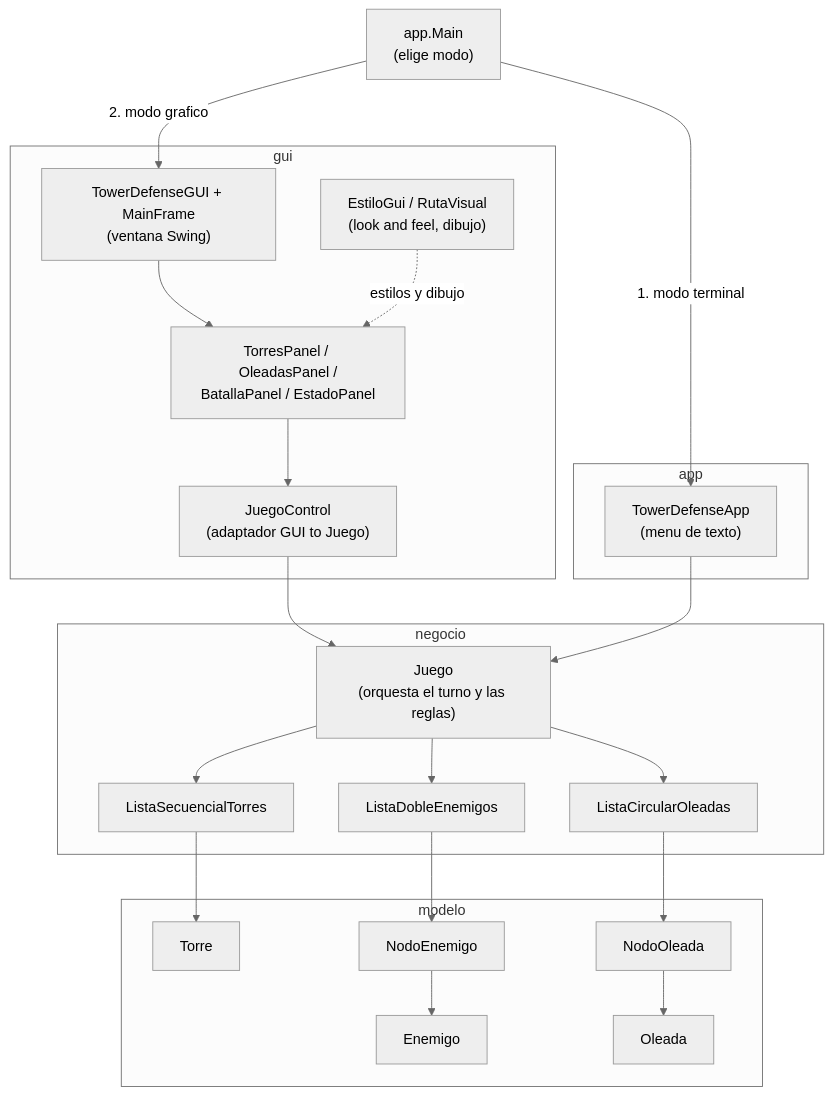
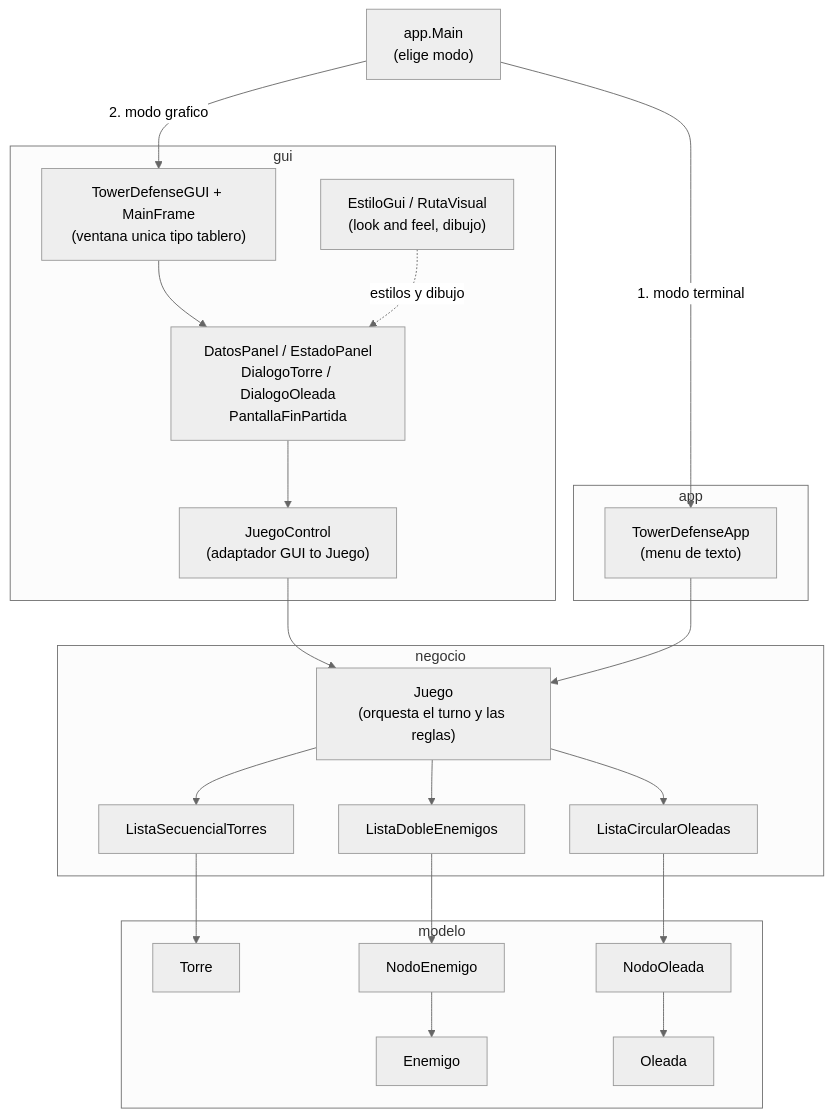
Before and after one commit to juanchicoyunda1234/Evaluacion-Practica: the diagram in diagramas/diagrama-arquitectura.md, drawn with Mermaid (neutral theme).

Commit message:
Actualice el diagrama de arquitectura con las clases nuevas de la GUI

````diff
--- a/diagramas/diagrama-arquitectura.md
+++ b/diagramas/diagrama-arquitectura.md
@@ -8,42 +8,42 @@
 ```mermaid
 flowchart TB
     Main["app.Main<br/>(elige modo)"]
 
     subgraph consola["app"]
         TDA["TowerDefenseApp<br/>(menu de texto)"]
     end
 
     subgraph interfaz["gui"]
-        GUIMain["TowerDefenseGUI + MainFrame<br/>(ventana Swing)"]
-        Paneles["TorresPanel / OleadasPanel /<br/>BatallaPanel / EstadoPanel"]
+        GUIMain["TowerDefenseGUI + MainFrame<br/>(ventana unica tipo tablero)"]
+        Paneles["DatosPanel / EstadoPanel<br/>DialogoTorre / DialogoOleada<br/>PantallaFinPartida"]
         Control["JuegoControl<br/>(adaptador GUI to Juego)"]
         Estilo["EstiloGui / RutaVisual<br/>(look and feel, dibujo)"]
     end
 
     subgraph negocio["negocio"]
         Juego["Juego<br/>(orquesta el turno y las reglas)"]
         LT["ListaSecuencialTorres"]
         LE["ListaDobleEnemigos"]
         LO["ListaCircularOleadas"]
     end
 
     subgraph modelo["modelo"]
         Torre["Torre"]
         Enemigo["Enemigo"]
         Oleada["Oleada"]
         NodoE["NodoEnemigo"]
         NodoO["NodoOleada"]
     end
 
     Main -->|"1. modo terminal"| TDA
     Main -->|"2. modo grafico"| GUIMain
     GUIMain --> Paneles
     Paneles --> Control
     Estilo -.->|estilos y dibujo| Paneles
     Control --> Juego
     TDA --> Juego
 
     Juego --> LT --> Torre
     Juego --> LE --> NodoE --> Enemigo
     Juego --> LO --> NodoO --> Oleada
 ```
````
